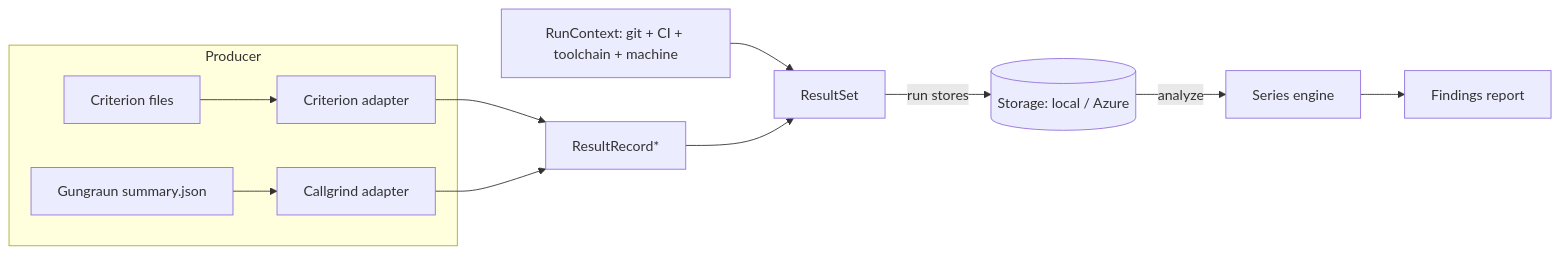
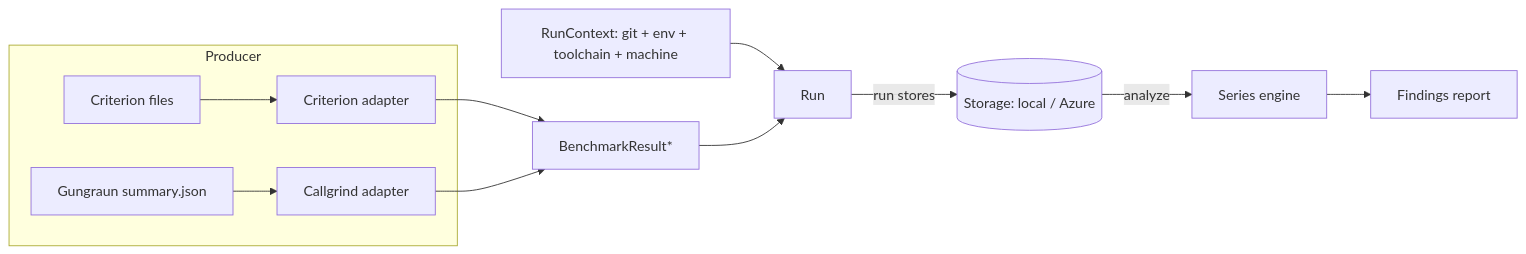
The diagram in packages/cargo-bench-history/DESIGN.md (folo-rs/folo), drawn with Mermaid before and after one commit. The commit also changed other lines of this file and 36 other files, not shown here.

````diff
--- a/packages/cargo-bench-history/DESIGN.md
+++ b/packages/cargo-bench-history/DESIGN.md
@@ -157,13 +157,13 @@
 ```mermaid
 flowchart LR
   subgraph Producer
     C[Criterion files] --> A1[Criterion adapter]
     G[Gungraun summary.json] --> A2[Callgrind adapter]
   end
-  A1 --> RR[ResultRecord*]
+  A1 --> RR[BenchmarkResult*]
   A2 --> RR
-  CTX[RunContext: git + CI + toolchain + machine] --> RS[ResultSet]
+  CTX[RunContext: git + env + toolchain + machine] --> RS[Run]
   RR --> RS
   RS -->|run stores| ST[(Storage: local / Azure)]
   ST -->|analyze| SE[Series engine] --> F[Findings report]
 ```
````
